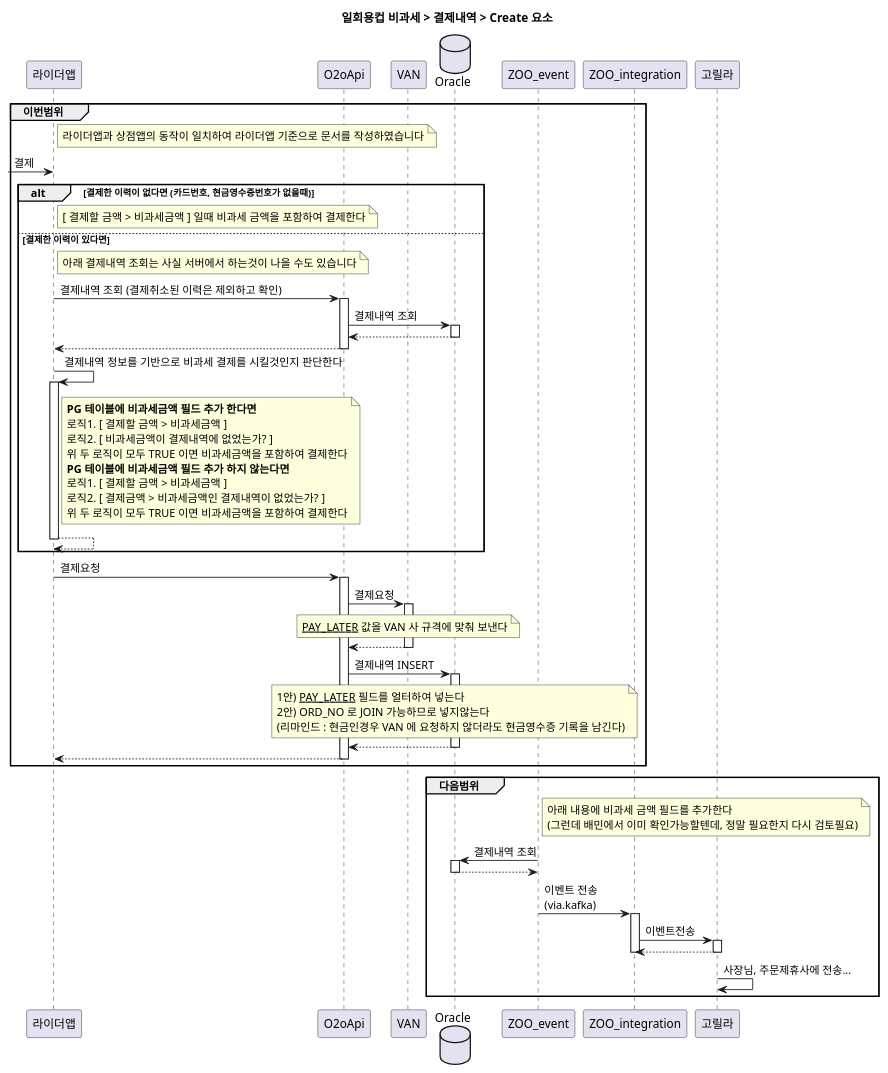
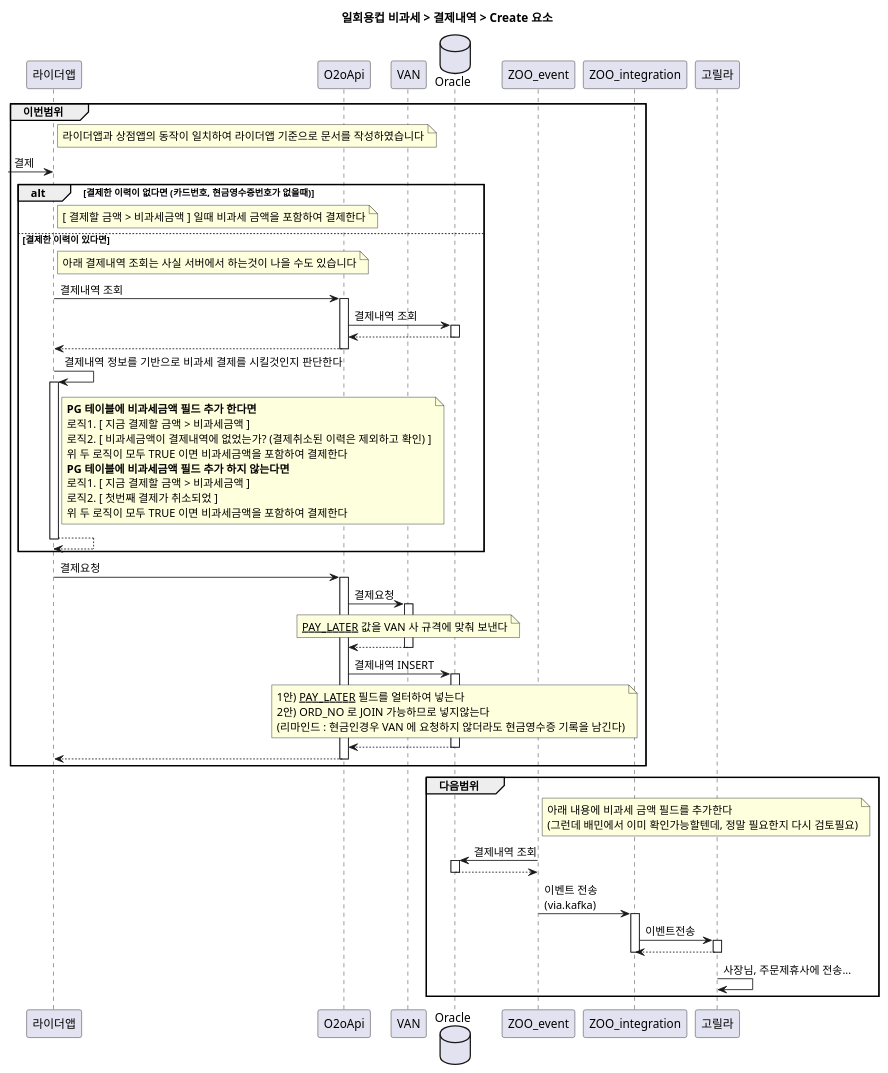
The diagram in uml/disposable_cup/paymentLog_C.puml (junhoo-barogo/junhoo-barogo.github.io), drawn with PlantUML before and after one commit. The commit also changed 20 other files, not shown here.

```diff
--- a/uml/disposable_cup/paymentLog_C.puml
+++ b/uml/disposable_cup/paymentLog_C.puml
@@ -1,67 +1,67 @@
 participant 라이더앱
 participant O2oApi
 participant VAN
 database Oracle
 participant ZOO_event
 participant ZOO_integration
 participant 고릴라
 
 title 일회용컵 비과세 > 결제내역 > Create 요소
 
 group 이번범위
     note right of 라이더앱 
         라이더앱과 상점앱의 동작이 일치하여 라이더앱 기준으로 문서를 작성하였습니다
     end note
     -> 라이더앱 : 결제
     alt 결제한 이력이 없다면 (카드번호, 현금영수증번호가 없을때)
         note right of 라이더앱
             [ 결제할 금액 > 비과세금액 ] 일때 비과세 금액을 포함하여 결제한다
         end note
     else 결제한 이력이 있다면
         note right of 라이더앱 : 아래 결제내역 조회는 사실 서버에서 하는것이 나을 수도 있습니다
-        라이더앱 -> O2oApi ++ : 결제내역 조회 (결제취소된 이력은 제외하고 확인)
+        라이더앱 -> O2oApi ++ : 결제내역 조회
         O2oApi -> Oracle ++ : 결제내역 조회
         return
         return
         라이더앱 -> 라이더앱 ++ : 결제내역 정보를 기반으로 비과세 결제를 시킬것인지 판단한다
         note right of 라이더앱
             **PG 테이블에 비과세금액 필드 추가 한다면**
-            로직1. [ 결제할 금액 > 비과세금액 ]
-            로직2. [ 비과세금액이 결제내역에 없었는가? ]
+            로직1. [ 지금 결제할 금액 > 비과세금액 ]
+            로직2. [ 비과세금액이 결제내역에 없었는가? (결제취소된 이력은 제외하고 확인) ]
             위 두 로직이 모두 TRUE 이면 비과세금액을 포함하여 결제한다
             **PG 테이블에 비과세금액 필드 추가 하지 않는다면**
-            로직1. [ 결제할 금액 > 비과세금액 ]
-            로직2. [ 결제금액 > 비과세금액인 결제내역이 없었는가? ]
+            로직1. [ 지금 결제할 금액 > 비과세금액 ]
+            로직2. [ 첫번째 결제가 취소되었 ]
             위 두 로직이 모두 TRUE 이면 비과세금액을 포함하여 결제한다
         end note
         return
     end
     라이더앱 -> O2oApi ++ : 결제요청
     O2oApi -> VAN ++ : 결제요청
     note over VAN
         __PAY_LATER__ 값을 VAN 사 규격에 맞춰 보낸다
     end note
     return
     O2oApi -> Oracle ++ : 결제내역 INSERT
     note over Oracle
         1안) __PAY_LATER__ 필드를 얼터하여 넣는다
         2안) ORD_NO 로 JOIN 가능하므로 넣지않는다
         (리마인드 : 현금인경우 VAN 에 요청하지 않더라도 현금영수증 기록을 남긴다)
     end note
     return 
     return
 end
 
 group 다음범위
     note right of ZOO_event
         아래 내용에 비과세 금액 필드를 추가한다
         (그런데 배민에서 이미 확인가능할텐데, 정말 필요한지 다시 검토필요)
     end note
     ZOO_event -> Oracle ++ : 결제내역 조회
     return
     ZOO_event -> ZOO_integration ++ : 이벤트 전송\n(via.kafka)
     ZOO_integration -> 고릴라 ++ : 이벤트전송
     return
     deactivate
     고릴라 -> 고릴라 : 사장님, 주문제휴사에 전송...
 end
```
